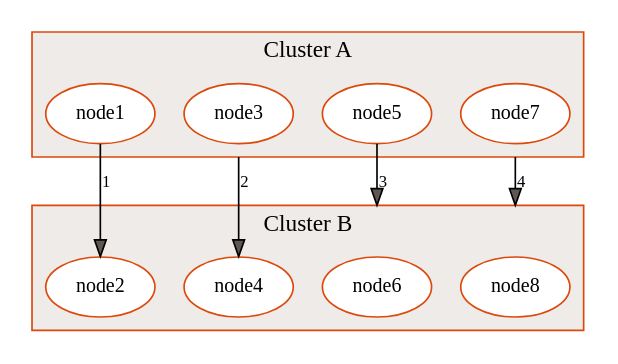
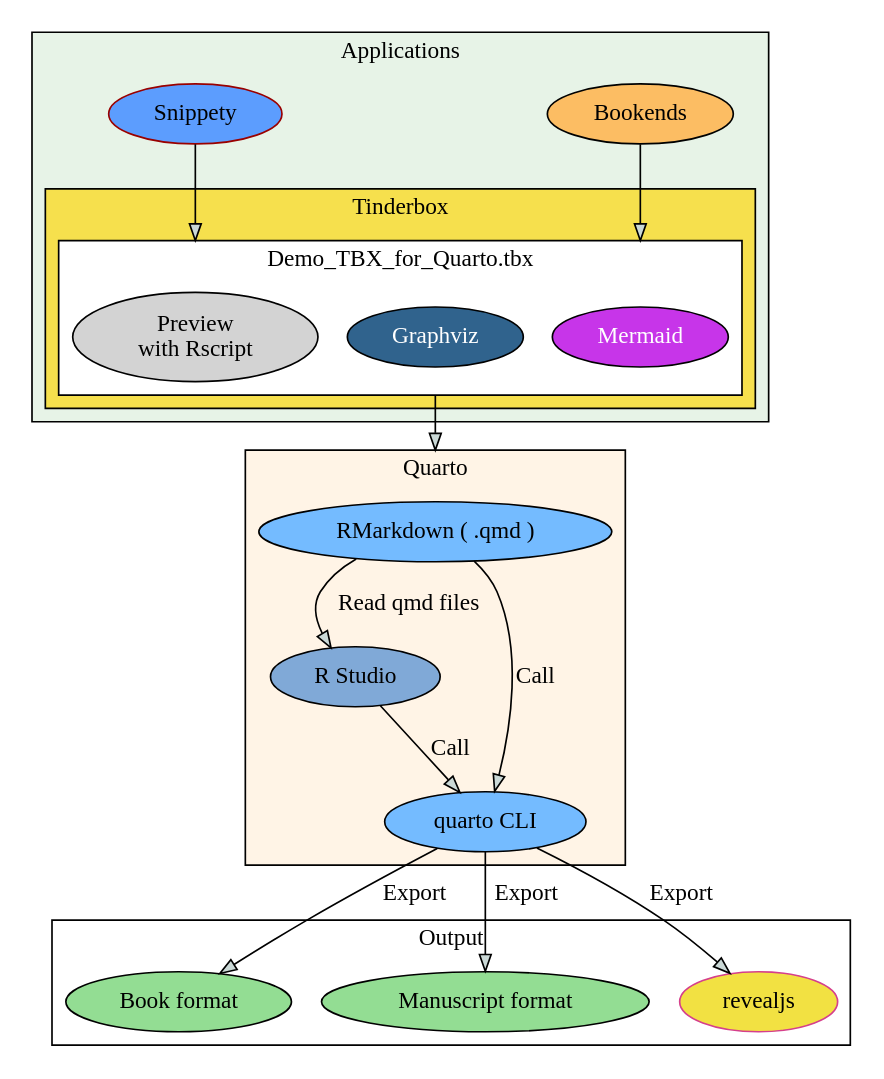
Before and after one commit to fryagbye/tinderboxwithquarto: the first of 2 diagrams in output/graphviz-optional.qmd, drawn with Graphviz. The commit also changed other lines of this file and 201 other files, not shown here.

````diff
--- a/output/graphviz-optional.qmd
+++ b/output/graphviz-optional.qmd
@@ -43,59 +72,86 @@
-```{dot} 
-//| label: fig-graphviz-test
-//| fig-cap: Graphviz Test
+```{dot}
+//| label: fig-workflow-graphviz
 //| fig-width: 5
 digraph {
-compound=true
-layout=dot
-  graph [    charset = "UTF-8";
-    splines = "ortho",
-  ];
+    layout=dot
+    compound=true
+    graph [charset = "UTF-8" splines = "spline" ];
 subgraph cluster_A{
-        label="Cluster B"
-        spline="line"
-        color="#dc490b"
-        penwidth="1"
-        style="filled"
-        fillcolor="#eeebe9"
-        fontname="HiraginoSans-W4"
-        fontcolor="#000000"
-        fontsize="14"
-        A B C D 
+                label="Applications"
+                spline="curved"
+                color="#000000"
+                penwidth="1"
+                style="filled"
+                fillcolor="#e7f3e7"
+                fontcolor="#000000"
+        A B 
+
+        subgraph cluster_B{
+                    label="Tinderbox"
+                    color="#000000"
+                    penwidth="1"
+                    style="filled"
+                    fillcolor="#f6e04d"
+                    fontcolor="#000000"
+                    URL="https://www.eastgate.com/Tinderbox/"
+
+
+        subgraph cluster_C{
+                        label="Demo_TBX_for_Quarto.tbx"
+                        color="#000000"
+                        penwidth="1"
+                        style="filled"
+                        fillcolor="#ffffff"
+                        fontcolor="#000000"
+                        URL="https://github.com/fryagbye/tinderboxwithquarto"
+        C D E 
 }
 
-subgraph cluster_B{
-        label="Cluster A"
-        spline="line"
-        color="#dc490b"
-        penwidth="1"
-        style="filled"
-        fillcolor="#eeebe9"
-        fontname="HiraginoSans-W4"
-        fontcolor="#000000"
-        fontsize="14"
-        E F G H 
+}
+
+}
+
+subgraph cluster_D{
+                label="Quarto"
+                color="#000000"
+                penwidth="1"
+                style="filled"
+                fillcolor="#fff4e6"
+                fontcolor="#000000"
+        F G H 
+}
+
+subgraph cluster_E{
+                label="Output"
+                color="#000000"
+                penwidth="1"
+                style="filled"
+                fillcolor="#ffffff"
+                fontcolor="#000000"
+        I J K 
 }
 
 
-A [ style="filled"label="node2", colorscheme="Blues8", color="#dc490b", penwidth="1", fillcolor="#ffffff", fontname="HiraginoSans-W4", fontcolor="#000000", fontsize="12"]
+A [ style="filled"  label="Bookends" color="#000000", penwidth="1", fillcolor="#fcbd63", fontcolor="#000000", URL="https://www.sonnysoftware.com/bookends-for-mac"]
+B [ style="filled"  label="Snippety" color="#990000", penwidth="1", fillcolor="#5c9dfe", fontcolor="#000000", URL="https://snippety.app/"]
+C [ style="filled"  label="Mermaid" color="#000000", penwidth="1", fillcolor="#c735e9", fontcolor="#ffffff", URL="https://mermaid.js.org/"]
+D [ style="filled"  label="Graphviz" color="#000000", penwidth="1", fillcolor="#30638d", fontcolor="#ffffff", URL="https://graphviz.org/"]
+E [ style="filled"  label="Preview \nwith Rscript" ]
+F [ style="filled"  label="R Studio" color="#000000", penwidth="1", fillcolor="#80a9d7", fontcolor="#000000", URL="https://posit.co/products/open-source/rstudio/"]
+G [ style="filled"  label="RMarkdown ( .qmd )" color="#000000", penwidth="1", fillcolor="#74bbff", fontcolor="#000000"]
+H [ style="filled"  label="quarto CLI" color="#000000", penwidth="1", fillcolor="#74bbff", fontcolor="#000000", URL="https://quarto.org/"]
+I [ style="filled"  label="Book format" color="#000000", penwidth="1", fillcolor="#93dd93", fontcolor="#000000"]
+J [ style="filled"  label="Manuscript format" color="#000000", penwidth="1", fillcolor="#93dd93", fontcolor="#000000"]
+K [ style="filled"  label="revealjs" color="#d53f8c", penwidth="1", fillcolor="#f2e142", fontcolor="#000000"]
 
-B [ style="filled"label="node4", colorscheme="Blues8", color="#dc490b", penwidth="1", fillcolor="#ffffff", fontname="HiraginoSans-W4", fontcolor="#000000", fontsize="12"]
-
-C [ style="filled"label="node6", colorscheme="Blues8", color="#dc490b", penwidth="1", fillcolor="#ffffff", fontname="HiraginoSans-W4", fontcolor="#000000", fontsize="12"]
-
-D [ style="filled"label="node8", colorscheme="Blues8", color="#dc490b", penwidth="1", fillcolor="#ffffff", fontname="HiraginoSans-W4", fontcolor="#000000", fontsize="12"]
-
-E [ style="filled"label="node1", colorscheme="Blues8", color="#dc490b", penwidth="1", fillcolor="#ffffff", fontname="HiraginoSans-W4", fontcolor="#000000", fontsize="12"]
-
-F [ style="filled"label="node3", colorscheme="Blues8", color="#dc490b", penwidth="1", fillcolor="#ffffff", fontname="HiraginoSans-W4", fontcolor="#000000", fontsize="12"]
-
-G [ style="filled"label="node5", colorscheme="Blues8", color="#dc490b", penwidth="1", fillcolor="#ffffff", fontname="HiraginoSans-W4", fontcolor="#000000", fontsize="12"]
-
-H [ style="filled"label="node7", colorscheme="Blues8", color="#dc490b", penwidth="1", fillcolor="#ffffff", fontname="HiraginoSans-W4", fontcolor="#000000", fontsize="12"]
-
-E -> A [label = "1" fillcolor="#605850" fontname="HiraginoSans-W4" fontcolor="#000000" fontsize="10" labelfloat="false" ]
-F -> B [label = "2" fillcolor="#605850" fontname="HiraginoSans-W4" fontcolor="#000000" fontsize="10" labelfloat="false" ltail = "cluster_B" ]
-G -> C [label = "3" fillcolor="#605850" fontname="HiraginoSans-W4" fontcolor="#000000" fontsize="10" labelfloat="false" lhead = "cluster_A" ]
-H -> D [label = "4" fillcolor="#605850" fontname="HiraginoSans-W4" fontcolor="#000000" fontsize="10" labelfloat="false" lhead = "cluster_A" ltail = "cluster_B" ]
+A -> C [fillcolor="#cbd9d7" fontcolor="#000000" lhead = "cluster_C" ltail = "cluster_A" ]
+B -> E [fillcolor="#cbd9d7" fontcolor="#000000" lhead = "cluster_C" ]
+D -> G [fillcolor="#cbd9d7" fontcolor="#000000" lhead = "cluster_D" ltail = "cluster_C" ]
+F -> H [label = "Call" fillcolor="#cbd9d7" fontcolor="#000000" ]
+G -> F [label = "Read qmd files" fillcolor="#cbd9d7" fontcolor="#000000" ]
+G -> H [label = "Call" fillcolor="#cbd9d7" fontcolor="#000000" ]
+H -> I [label = "Export" fillcolor="#cbd9d7" fontcolor="#000000" ]
+H -> J [label = "Export" fillcolor="#cbd9d7" fontcolor="#000000" ]
+H -> K [label = "Export" fillcolor="#cbd9d7" fontcolor="#000000" ]
 }
 ```
````
